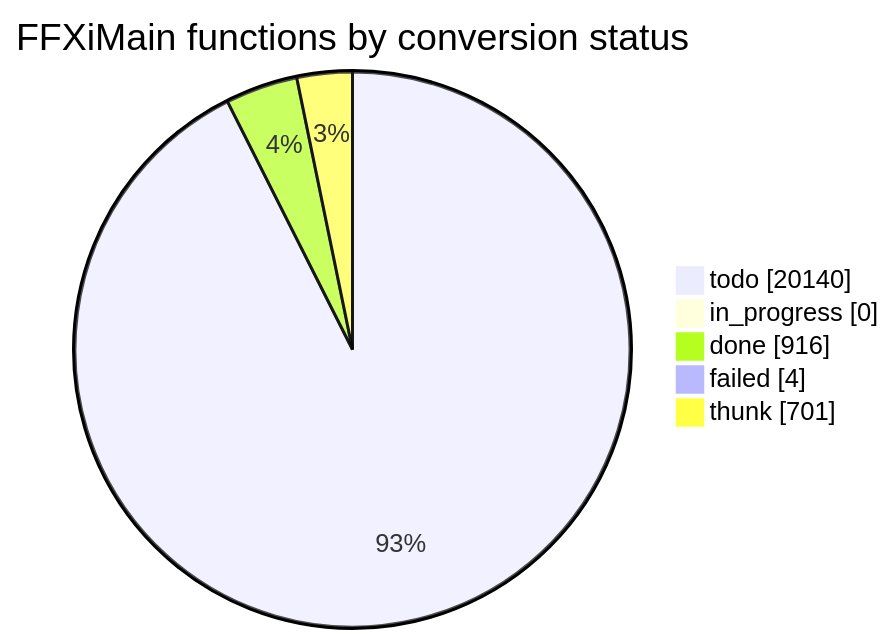
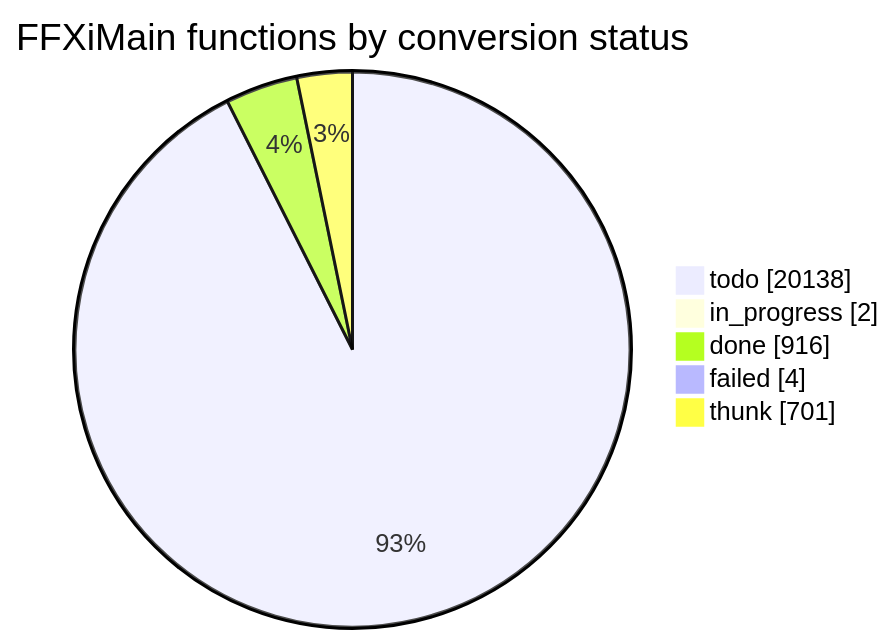
One commit to cowrevenge/cow_kuluu_xi_anything changed the diagram in docs/cow/STATUS.md. Above: the diagram before and after it, drawn with Mermaid. The commit also changed other lines of this file and 7 other files, not shown here.

````diff
--- a/docs/cow/STATUS.md
+++ b/docs/cow/STATUS.md
@@ -18,9 +18,9 @@
 ```mermaid
 pie showData
     title FFXiMain functions by conversion status
-    "todo" : 20140
-    "in_progress" : 0
+    "todo" : 20138
+    "in_progress" : 2
     "done" : 916
     "failed" : 4
     "thunk" : 701
 ```
````
